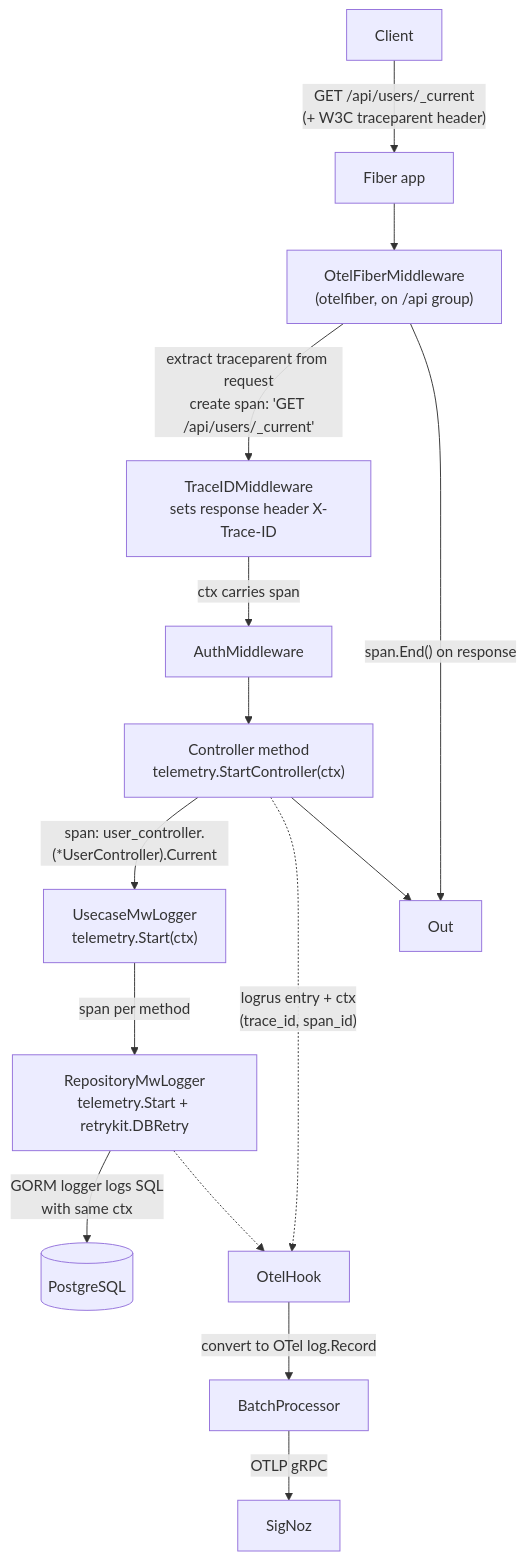
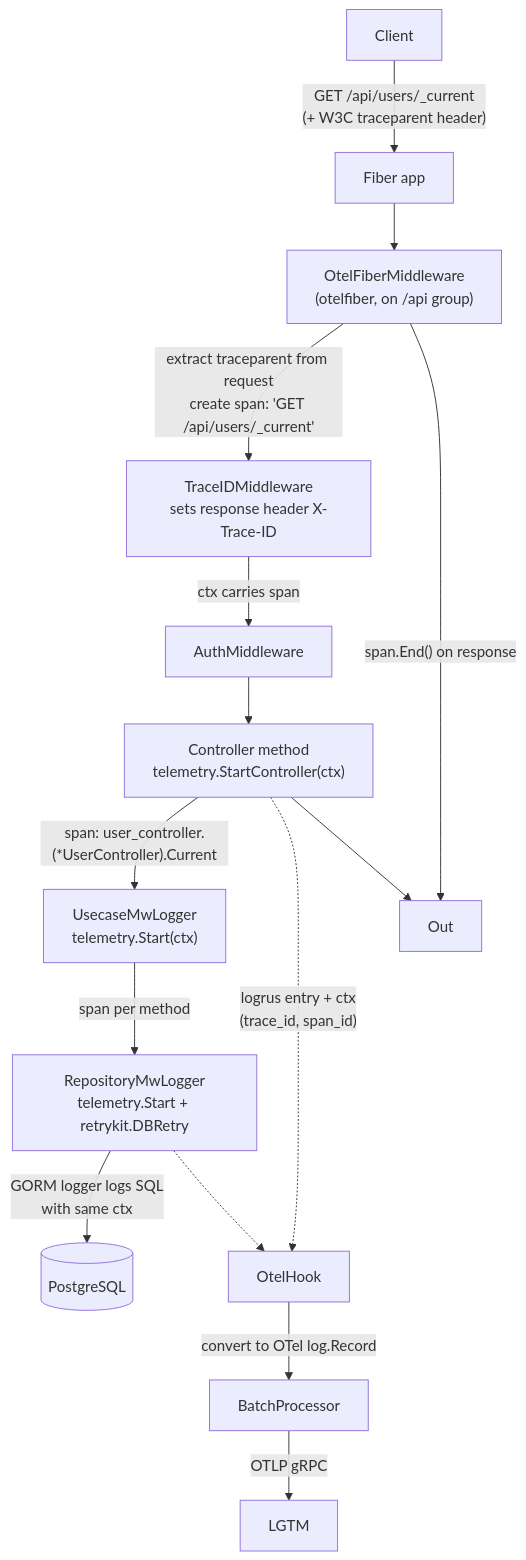
One commit to Hidayathamir/golang-clean-architecture changed the third of 8 diagrams in .opencode/skills/otel-architecture/SKILL.md. Above: the diagram before and after it, drawn with Mermaid. The commit also changed other lines of this file and 13 other files, not shown here.

First line of the commit message:
refactor(observability): migrate from SigNoz to Grafana LGTM

````diff
--- a/.opencode/skills/otel-architecture/SKILL.md
+++ b/.opencode/skills/otel-architecture/SKILL.md
@@ -116,21 +116,21 @@
 ```mermaid
 flowchart TD
     Client["Client"] -->|"GET /api/users/_current<br/>(+ W3C traceparent header)"| Fiber["Fiber app"]
 
     Fiber --> MW["OtelFiberMiddleware<br/>(otelfiber, on /api group)"]
     MW -->|"extract traceparent from request<br/>create span: 'GET /api/users/_current'"| TraceID["TraceIDMiddleware<br/>sets response header X-Trace-ID"]
     TraceID -->|"ctx carries span"| Auth["AuthMiddleware"]
     Auth --> Controller["Controller method<br/>telemetry.StartController(ctx)"]
 
     Controller -->|"span: user_controller.(*UserController).Current"| Usecase["UsecaseMwLogger<br/>telemetry.Start(ctx)"]
     Usecase -->|"span per method"| Repo["RepositoryMwLogger<br/>telemetry.Start + retrykit.DBRetry"]
     Repo -->|"GORM logger logs SQL<br/>with same ctx"| DB[("PostgreSQL")]
 
     Controller -.->|"logrus entry + ctx<br/>(trace_id, span_id)"| OtelHook["OtelHook"]
     Repo -.-> OtelHook
     OtelHook -->|"convert to OTel log.Record"| LogBatch["BatchProcessor"]
-    LogBatch -->|"OTLP gRPC"| SigNoz
+    LogBatch -->|"OTLP gRPC"| LGTM
 
     MW -->|"span.End() on response"| Out["Out"]
     Controller --> Out
 ```
````
